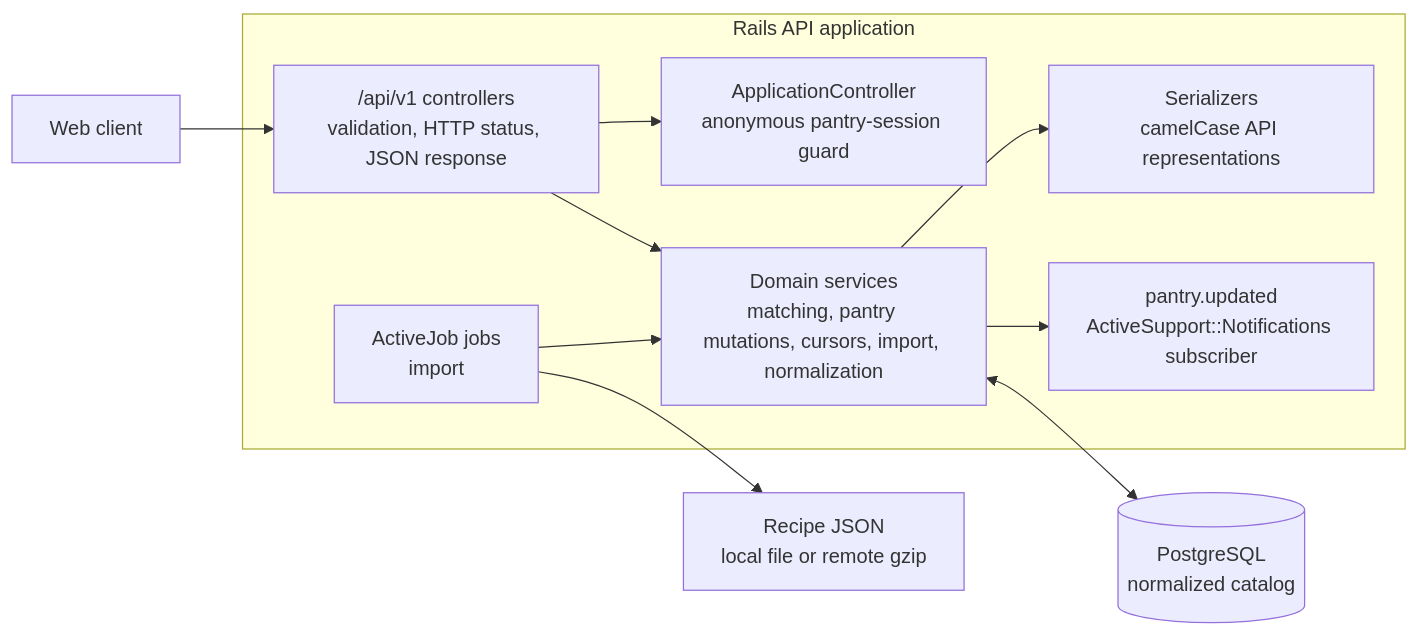
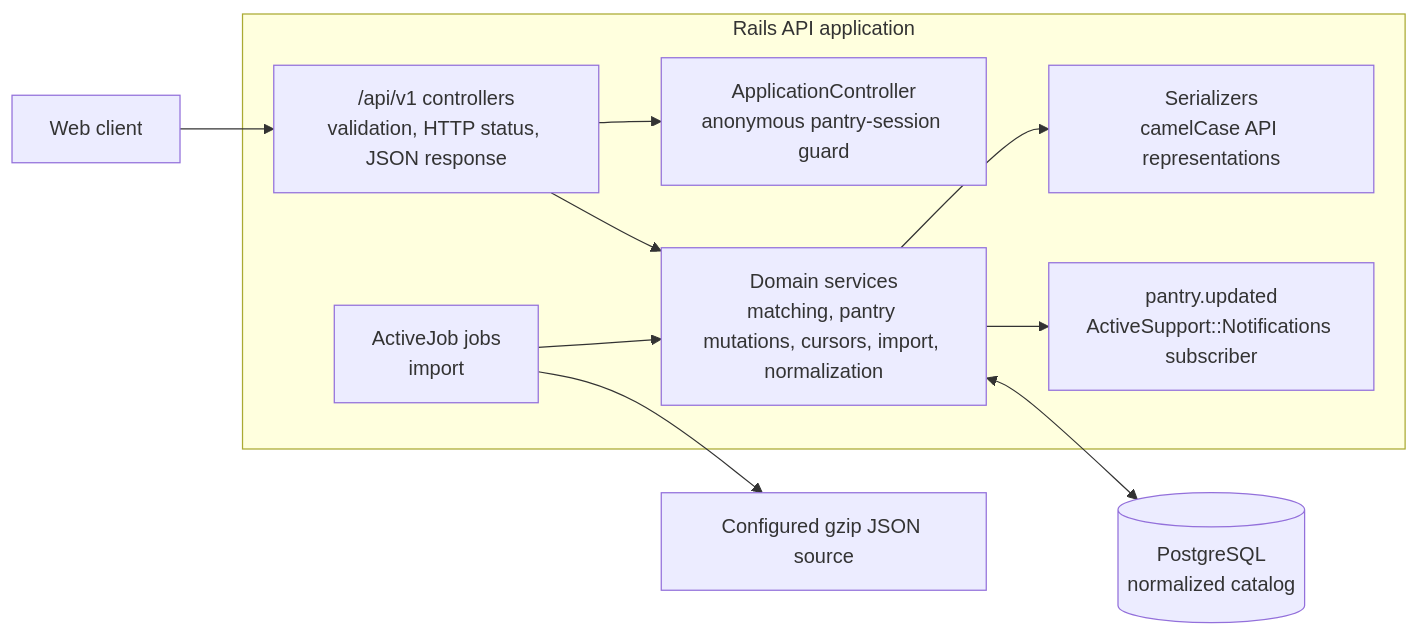
The second of 6 diagrams in backend/README.md (girls-incode/meal-planner), drawn with Mermaid before and after one commit. The commit also changed other lines of this file and 39 other files, not shown here.

````diff
--- a/backend/README.md
+++ b/backend/README.md
@@ -258,25 +197,25 @@
 ```mermaid
 flowchart LR
   Client[Web client]
 
   subgraph Rails["Rails API application"]
     API["/api/v1 controllers\nvalidation, HTTP status, JSON response"]
     Session["ApplicationController\nanonymous pantry-session guard"]
     Services["Domain services\nmatching, pantry mutations, cursors, import, normalization"]
     Serializers["Serializers\ncamelCase API representations"]
     Jobs["ActiveJob jobs\nimport"]
     Events["pantry.updated\nActiveSupport::Notifications subscriber"]
   end
 
   Database[("PostgreSQL\nnormalized catalog")]
-  Source["Recipe JSON\nlocal file or remote gzip"]
+  Source["Configured gzip JSON source"]
 
   Client --> API
   API --> Session
   API --> Services
   Services --> Serializers
   Services <--> Database
   Services --> Events
   Jobs --> Services
   Jobs --> Source
 ```
````
